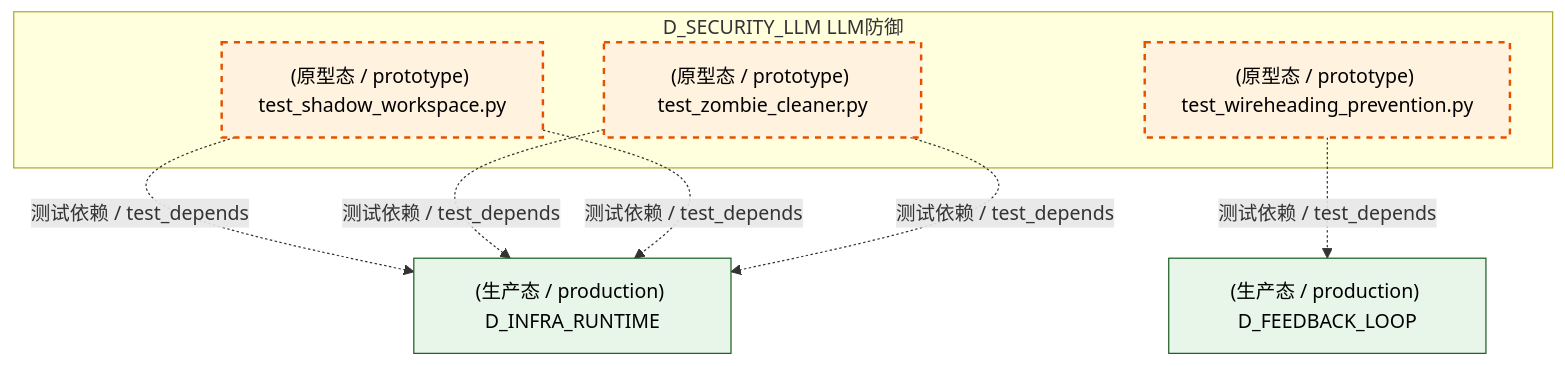
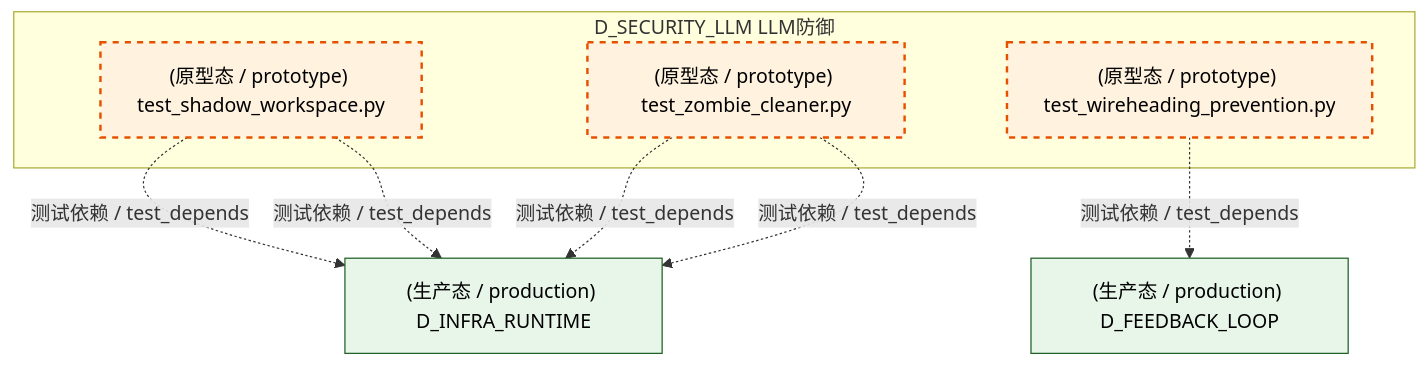
One commit to xuanFelixVan/ZephyrAlpha changed the third of 6 diagrams in docs/02_enterprise_architecture/02_domain_architecture_docs/25_d_security_llm.md. Above: the diagram before and after it, drawn with Mermaid. The commit also changed other lines of this file and 126 other files, not shown here.

````diff
--- a/docs/02_enterprise_architecture/02_domain_architecture_docs/25_d_security_llm.md
+++ b/docs/02_enterprise_architecture/02_domain_architecture_docs/25_d_security_llm.md
@@ -273,21 +280,21 @@
 ```mermaid
 graph TD
     subgraph D_SECURITY_LLM["D_SECURITY_LLM LLM防御"]
         tests_llm_security_test_shadow_workspace_py["(原型态 / prototype) test_shadow_workspace.py"]
         tests_llm_security_test_wireheading_prevention_py["(原型态 / prototype) test_wireheading_prevention.py"]
         tests_llm_security_test_zombie_cleaner_py["(原型态 / prototype) test_zombie_cleaner.py"]
     end
+    D_INFRA_RUNTIME["(生产态 / production) D_INFRA_RUNTIME"]
+    tests_llm_security_test_shadow_workspace_py -.->|测试依赖 / test_depends| D_INFRA_RUNTIME
+    tests_llm_security_test_shadow_workspace_py -.->|测试依赖 / test_depends| D_INFRA_RUNTIME
     D_FEEDBACK_LOOP["(生产态 / production) D_FEEDBACK_LOOP"]
     tests_llm_security_test_wireheading_prevention_py -.->|测试依赖 / test_depends| D_FEEDBACK_LOOP
-    D_INFRA_RUNTIME["(生产态 / production) D_INFRA_RUNTIME"]
-    tests_llm_security_test_shadow_workspace_py -.->|测试依赖 / test_depends| D_INFRA_RUNTIME
     tests_llm_security_test_zombie_cleaner_py -.->|测试依赖 / test_depends| D_INFRA_RUNTIME
-    tests_llm_security_test_shadow_workspace_py -.->|测试依赖 / test_depends| D_INFRA_RUNTIME
     tests_llm_security_test_zombie_cleaner_py -.->|测试依赖 / test_depends| D_INFRA_RUNTIME
     classDef production fill:#e1f5fe,stroke:#01579b,stroke-width:2px,color:#000
     classDef design fill:#fff3e0,stroke:#e65100,stroke-width:2px,color:#000,stroke-dasharray: 5 5
     classDef external_prod fill:#e8f5e9,stroke:#1b5e20,stroke-width:1px,color:#000
     classDef external_design fill:#fce4ec,stroke:#880e4f,stroke-width:1px,color:#000,stroke-dasharray: 5 5
     class tests_llm_security_test_shadow_workspace_py,tests_llm_security_test_wireheading_prevention_py,tests_llm_security_test_zombie_cleaner_py design
-    class D_FEEDBACK_LOOP,D_INFRA_RUNTIME external_prod
+    class D_INFRA_RUNTIME,D_FEEDBACK_LOOP external_prod
 ```
````
